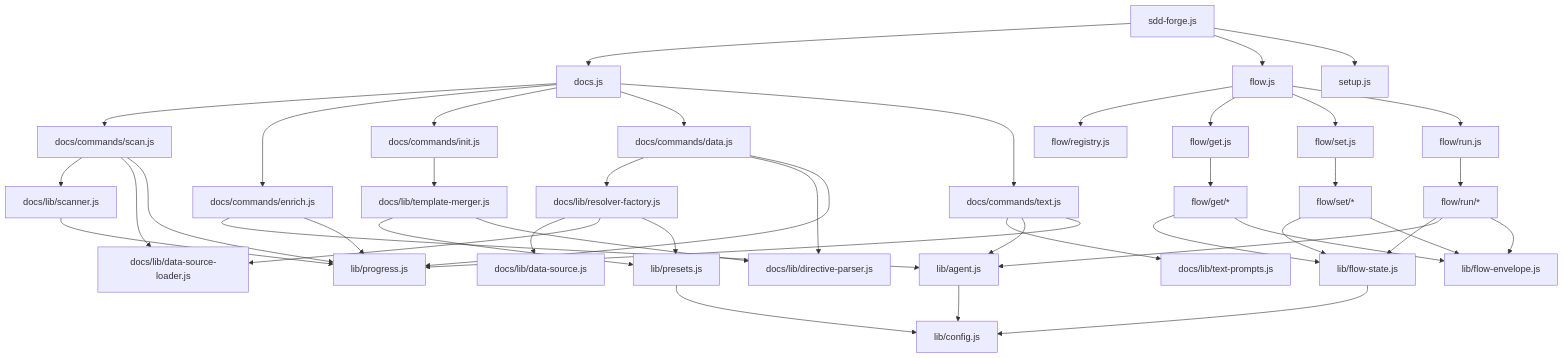
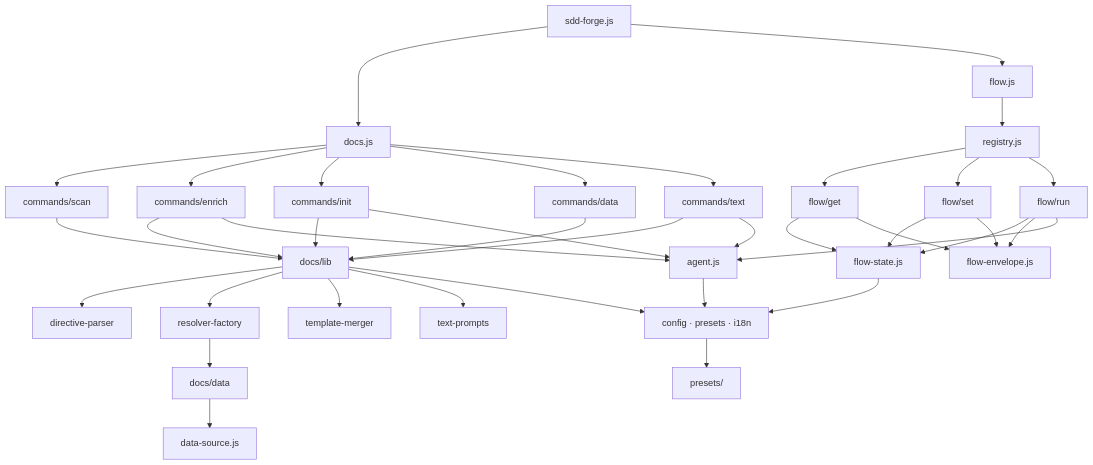
One commit to SpreadWorks/sdd-forge changed the diagram in docs/internal_design.md. Above: the diagram before and after it, drawn with Mermaid. The commit also changed other lines of this file and 6 other files, not shown here.

````diff
--- a/docs/internal_design.md
+++ b/docs/internal_design.md
@@ -126,54 +99,27 @@
 ```mermaid
 graph TD
-    SDD[sdd-forge.js] --> DOCS[docs.js]
-    SDD --> FLOW[flow.js]
-    SDD --> SETUP[setup.js]
-
-    DOCS --> DC_SCAN[docs/commands/scan.js]
-    DOCS --> DC_ENRICH[docs/commands/enrich.js]
-    DOCS --> DC_INIT[docs/commands/init.js]
-    DOCS --> DC_DATA[docs/commands/data.js]
-    DOCS --> DC_TEXT[docs/commands/text.js]
-
-    DC_SCAN --> DL_SCANNER[docs/lib/scanner.js]
-    DC_SCAN --> DL_DSL[docs/lib/data-source-loader.js]
-    DC_ENRICH --> LIB_AGENT[lib/agent.js]
-    DC_INIT --> DL_TM[docs/lib/template-merger.js]
-    DC_DATA --> DL_RF[docs/lib/resolver-factory.js]
-    DC_DATA --> DL_DP[docs/lib/directive-parser.js]
-    DC_TEXT --> DL_TP[docs/lib/text-prompts.js]
-    DC_TEXT --> LIB_AGENT
-
-    DL_RF --> DL_DS[docs/lib/data-source.js]
-    DL_RF --> DL_DSL
-    DL_RF --> LIB_PRESETS[lib/presets.js]
-    DL_TM --> LIB_PRESETS
-    DL_TM --> DL_DP
-
-    FLOW --> FR[flow/registry.js]
-    FLOW --> FG[flow/get.js]
-    FLOW --> FS[flow/set.js]
-    FLOW --> FRN[flow/run.js]
-
-    FG --> FGC[flow/get/*]
-    FS --> FSC[flow/set/*]
-    FRN --> FRNC[flow/run/*]
-
-    FGC --> LIB_FST[lib/flow-state.js]
-    FGC --> LIB_FE[lib/flow-envelope.js]
-    FSC --> LIB_FST
-    FSC --> LIB_FE
-    FRNC --> LIB_FST
-    FRNC --> LIB_AGENT
-    FRNC --> LIB_FE
-
-    LIB_FST --> LIB_CFG[lib/config.js]
-    LIB_AGENT --> LIB_CFG
-    LIB_PRESETS --> LIB_CFG
-    DL_SCANNER --> LIB_PRG[lib/progress.js]
-
-    DC_SCAN --> LIB_PRG
-    DC_ENRICH --> LIB_PRG
-    DC_DATA --> LIB_PRG
-    DC_TEXT --> LIB_PRG
+    CLI[sdd-forge.js] --> DOCS[docs.js]
+    CLI --> FLOW[flow.js]
+    DOCS --> SC[commands/scan]
+    DOCS --> EN[commands/enrich]
+    DOCS --> IN[commands/init]
+    DOCS --> DA[commands/data]
+    DOCS --> TX[commands/text]
+    FLOW --> REG[registry.js]
+    REG --> FG[flow/get]
+    REG --> FS[flow/set]
+    REG --> FR[flow/run]
+    SC & EN & IN & DA & TX --> DLIB[docs/lib]
+    DLIB --> DP[directive-parser]
+    DLIB --> RF[resolver-factory]
+    DLIB --> TM[template-merger]
+    DLIB --> TP[text-prompts]
+    RF --> DS[docs/data]
+    DS --> DSB[data-source.js]
+    FG & FS & FR --> FST[flow-state.js]
+    FG & FS & FR --> FEN[flow-envelope.js]
+    EN & IN & TX --> AGT[agent.js]
+    FR --> AGT
+    DLIB & FST & AGT --> CLIB[config · presets · i18n]
+    CLIB --> PRE[presets/]
 ```
````
